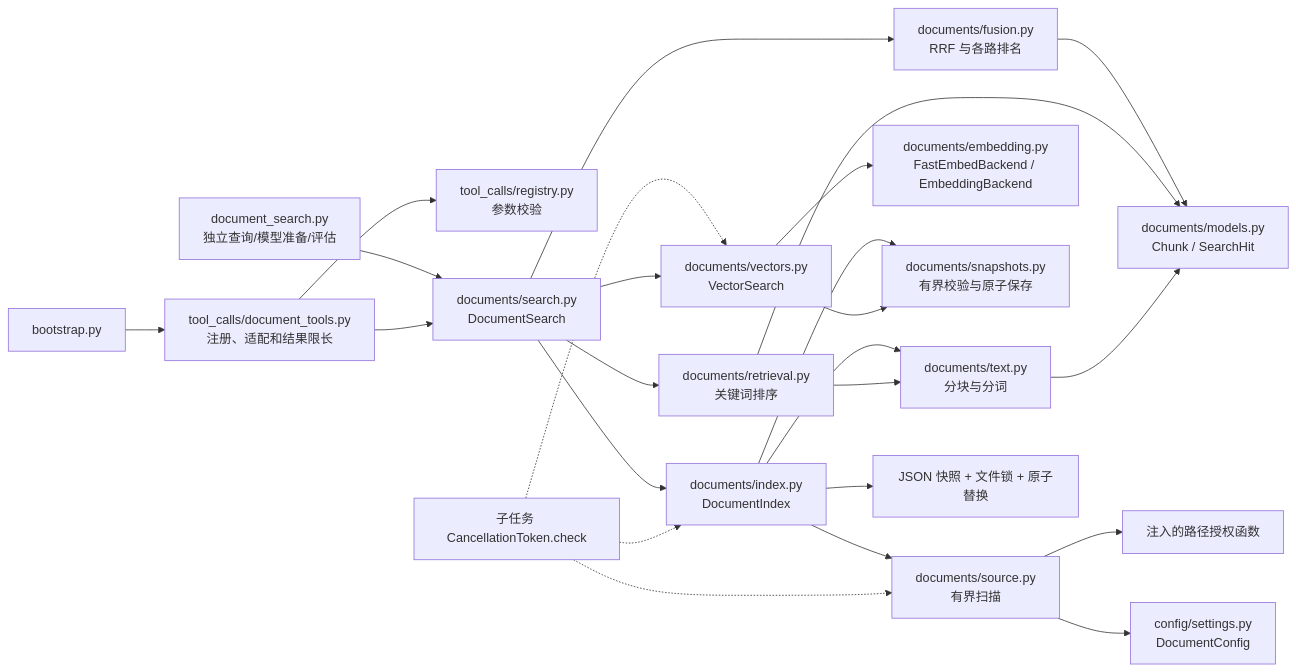
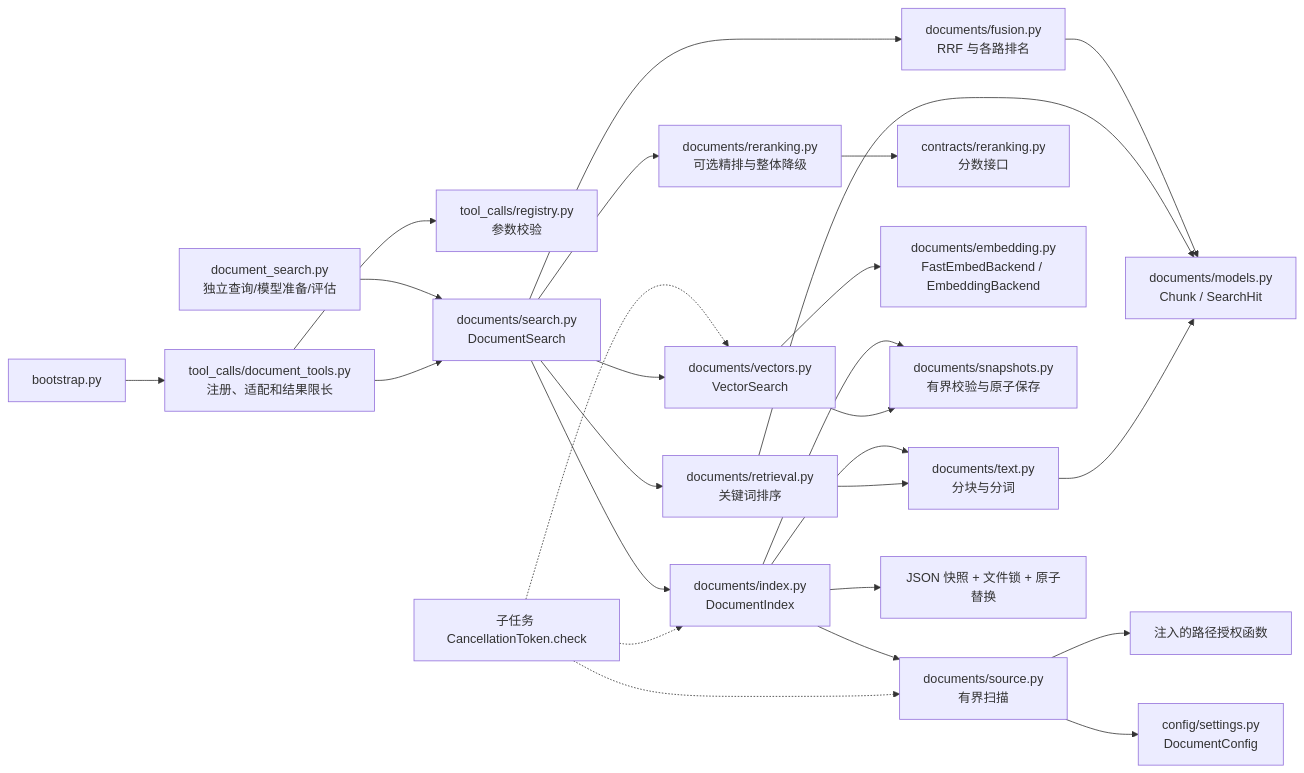
One commit to Plvltra/AdamAgent changed diagram 35 of 45 in docs/architecture.md. Above: the diagram before and after it, drawn with Mermaid. The commit also changed other lines of this file and 14 other files, not shown here.

````diff
--- a/docs/architecture.md
+++ b/docs/architecture.md
@@ -749,26 +765,28 @@
 ```mermaid
 flowchart LR
     TEXT["documents/text.py<br/>分块与分词"] --> VALUES["documents/models.py<br/>Chunk / SearchHit"]
     RANK["documents/retrieval.py<br/>关键词排序"] --> TEXT
     RANK --> VALUES
     BOOT["bootstrap.py"] --> TOOLS["tool_calls/document_tools.py<br/>注册、适配和结果限长"]
     TOOLS --> REGISTRY["tool_calls/registry.py<br/>参数校验"]
     TOOLS --> SEARCH["documents/search.py<br/>DocumentSearch"]
     CLI["document_search.py<br/>独立查询/模型准备/评估"] --> SEARCH
     SEARCH --> RANK
     SEARCH --> VECTOR["documents/vectors.py<br/>VectorSearch"]
     SEARCH --> FUSION["documents/fusion.py<br/>RRF 与各路排名"]
     FUSION --> VALUES
+    SEARCH --> RERANK["documents/reranking.py<br/>可选精排与整体降级"]
+    RERANK --> RANK_PORT["contracts/reranking.py<br/>分数接口"]
     VECTOR --> EMBED["documents/embedding.py<br/>FastEmbedBackend / EmbeddingBackend"]
     VECTOR --> SNAP["documents/snapshots.py<br/>有界校验与原子保存"]
     CANCEL["子任务 CancellationToken.check"] -.-> SOURCE
     CANCEL -.-> INDEX
     CANCEL -.-> VECTOR
     INDEX --> SNAP
     SEARCH --> INDEX
     INDEX["documents/index.py<br/>DocumentIndex"] --> SOURCE["documents/source.py<br/>有界扫描"]
     SOURCE --> AUTH["注入的路径授权函数"]
     INDEX --> TEXT
     INDEX --> CACHE["JSON 快照 + 文件锁 + 原子替换"]
     SOURCE --> CONFIG["config/settings.py<br/>DocumentConfig"]
 ```
````
